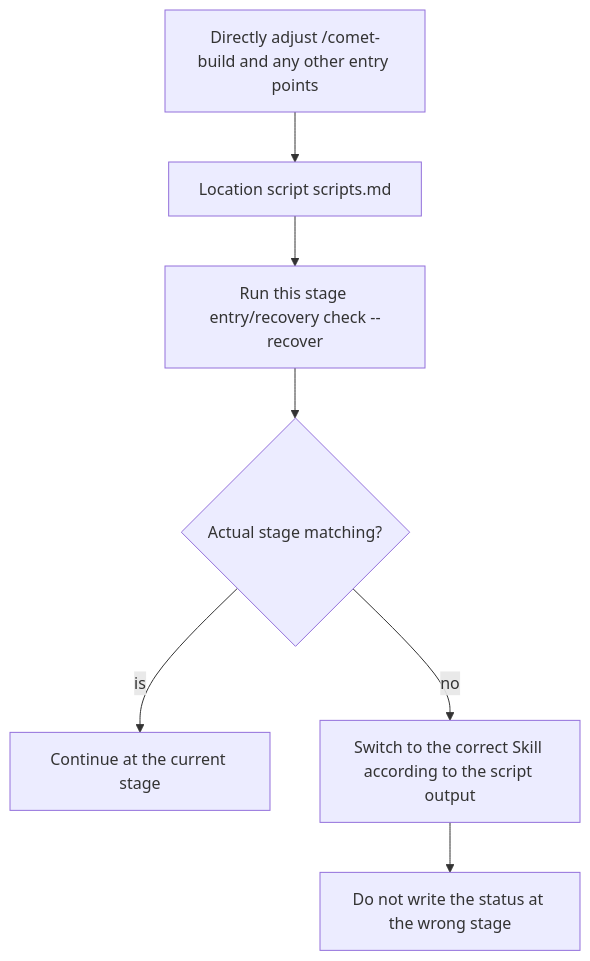
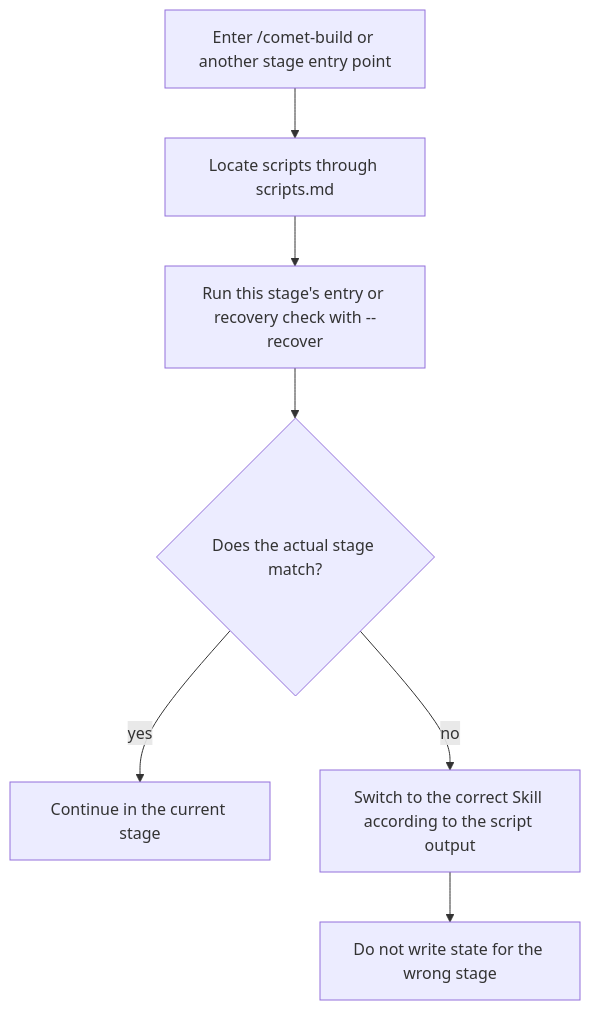
One commit to rpamis/comet-website-docs changed the diagram in en/guides/resuming-workflow.mdx. Above: the diagram before and after it, drawn with Mermaid. The commit also changed other lines of this file and 51 other files, not shown here.

````diff
--- a/en/guides/resuming-workflow.mdx
+++ b/en/guides/resuming-workflow.mdx
@@ -117,9 +116,9 @@
 ```mermaid
 flowchart TD
-    A["Directly adjust /comet-build and any other entry points"] --> B["Location script scripts.md"]
-    B --> C["Run this stage entry/recovery check --recover"]
-    C --> D{"Actual stage matching?"}
-    D -->|is| E["Continue at the current stage"]
+    A["Enter /comet-build or another stage entry point"] --> B["Locate scripts through scripts.md"]
+    B --> C["Run this stage's entry or recovery check with --recover"]
+    C --> D{"Does the actual stage match?"}
+    D -->|yes| E["Continue in the current stage"]
     D -->|no| F["Switch to the correct Skill according to the script output"]
-    F --> G["Do not write the status at the wrong stage"]
+    F --> G["Do not write state for the wrong stage"]
 ```
````
